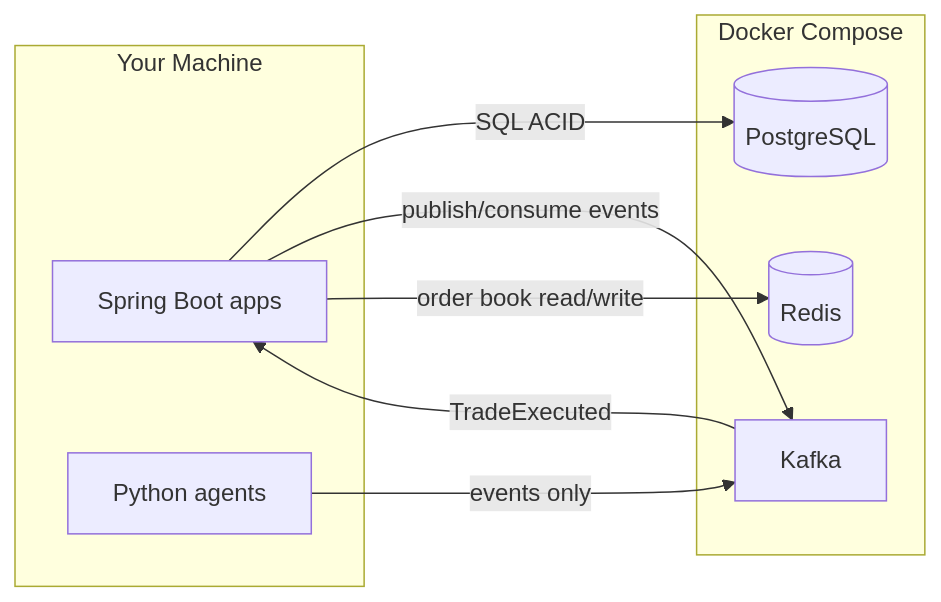
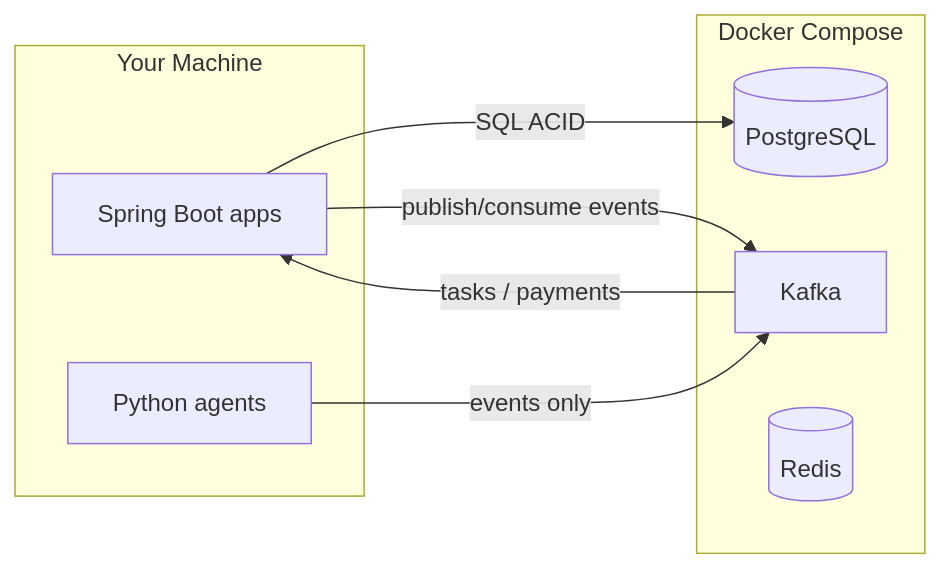
One commit to A1conomy/aiconomy changed the diagram in docs/infrastructure.md. Above: the diagram before and after it, drawn with Mermaid. The commit also changed other lines of this file and 65 other files, not shown here.

````diff
--- a/docs/infrastructure.md
+++ b/docs/infrastructure.md
@@ -20,19 +20,18 @@
 ```mermaid
 flowchart LR
     subgraph host [Your Machine]
         Spring[Spring Boot apps]
         Python[Python agents]
     end
 
     subgraph docker [Docker Compose]
         PG[(PostgreSQL)]
         KF[Kafka]
         RD[(Redis)]
     end
 
     Spring -->|SQL ACID| PG
     Spring -->|publish/consume events| KF
-    Spring -->|order book read/write| RD
     Python -->|events only| KF
-    KF -->|TradeExecuted| Spring
+    KF -->|tasks / payments| Spring
 ```
````
